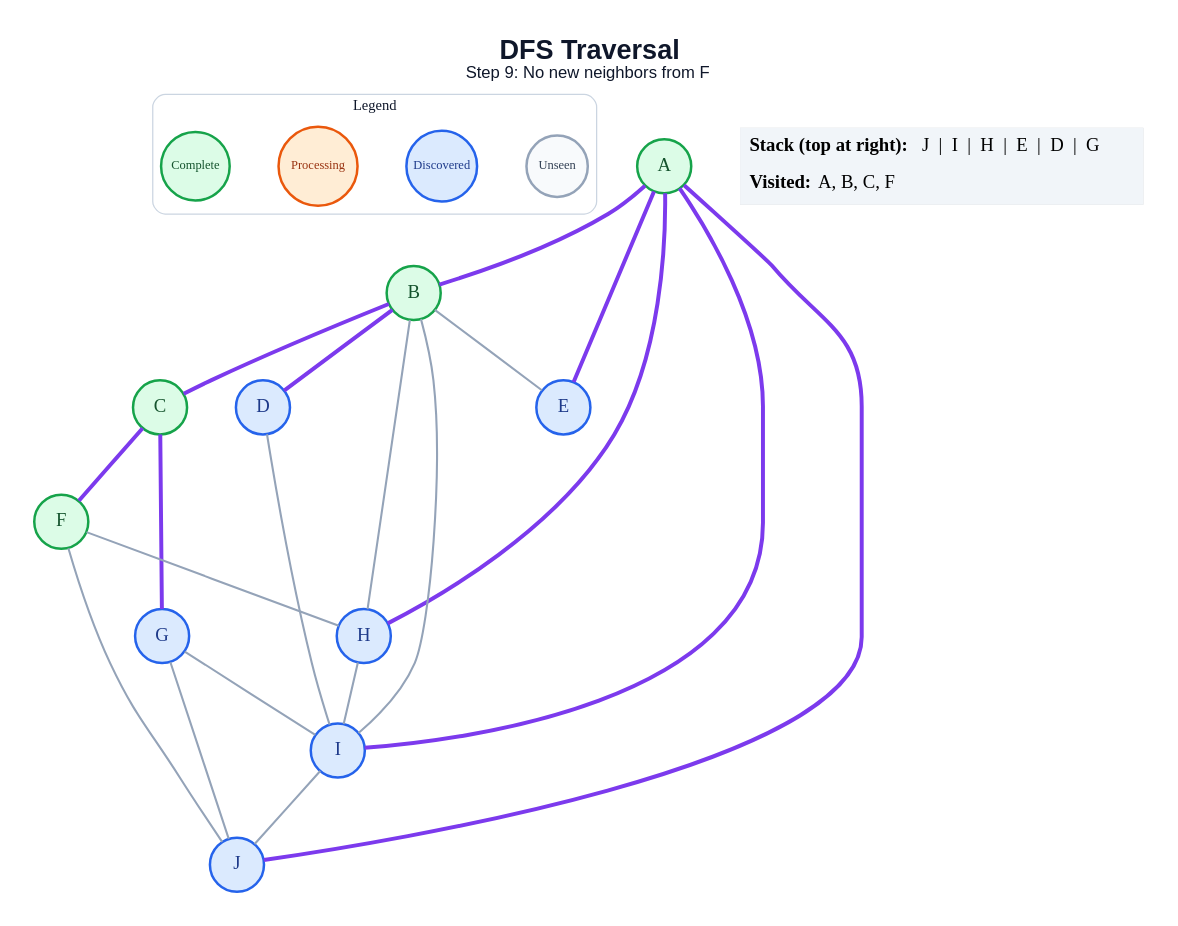
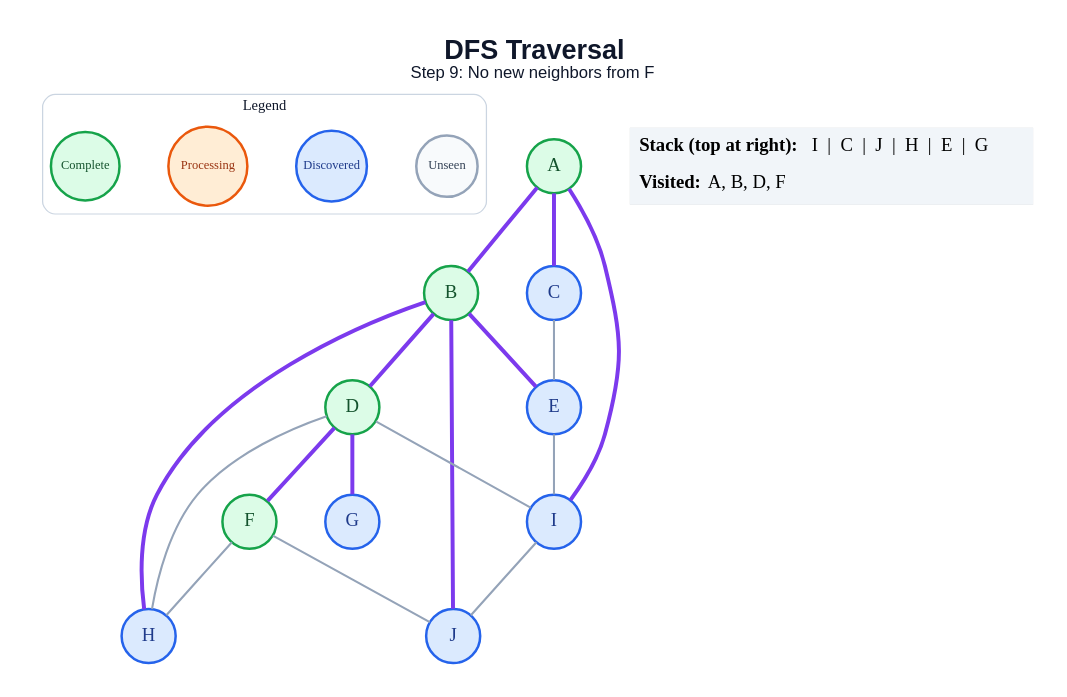
Before and after one commit to amanghodawala9/ai-slop: the diagram in generated/dfs/step_09.dot, drawn with Graphviz. The commit also changed 178 other files, not shown here.

```diff
--- a/generated/dfs/step_09.dot
+++ b/generated/dfs/step_09.dot
@@ -1,48 +1,45 @@
 graph traversal {
   graph [layout=dot, rankdir=TB, bgcolor="#FFFFFF", pad="0.35", nodesep="0.65", ranksep="0.8", fontname="Arial"];
   node [shape=circle, style="filled", fontname="Arial Bold", fontsize=18, width=0.72, fixedsize=true, penwidth=2.4];
   edge [color="#94A3B8", penwidth=2.0];
   label=<<B>DFS Traversal</B><BR/><FONT POINT-SIZE="16">Step 9: No new neighbors from F</FONT>>; labelloc="t"; fontsize=26; fontname="Arial"; fontcolor="#0F172A";
   subgraph cluster_legend { label="Legend"; color="#CBD5E1"; penwidth=1.2; style="rounded"; fontsize=14; fontname="Arial Bold";
     key_unseen [label="Unseen", fillcolor="#F8FAFC", color="#94A3B8", fontcolor="#334155", fontsize=12, width=0.82];
     key_frontier [label="Discovered", fillcolor="#DBEAFE", color="#2563EB", fontcolor="#1E3A8A", fontsize=12, width=0.95];
     key_current [label="Processing", fillcolor="#FFEDD5", color="#EA580C", fontcolor="#9A3412", fontsize=12, width=1.05];
     key_done [label="Complete", fillcolor="#DCFCE7", color="#16A34A", fontcolor="#14532D", fontsize=12, width=0.92];
     { rank=same; key_unseen; key_frontier; key_current; key_done; }
   }
   A [fillcolor="#DCFCE7", color="#16A34A", fontcolor="#14532D"];
   B [fillcolor="#DCFCE7", color="#16A34A", fontcolor="#14532D"];
-  C [fillcolor="#DCFCE7", color="#16A34A", fontcolor="#14532D"];
-  D [fillcolor="#DBEAFE", color="#2563EB", fontcolor="#1E3A8A"];
+  C [fillcolor="#DBEAFE", color="#2563EB", fontcolor="#1E3A8A"];
+  D [fillcolor="#DCFCE7", color="#16A34A", fontcolor="#14532D"];
   E [fillcolor="#DBEAFE", color="#2563EB", fontcolor="#1E3A8A"];
   F [fillcolor="#DCFCE7", color="#16A34A", fontcolor="#14532D"];
   G [fillcolor="#DBEAFE", color="#2563EB", fontcolor="#1E3A8A"];
   H [fillcolor="#DBEAFE", color="#2563EB", fontcolor="#1E3A8A"];
   I [fillcolor="#DBEAFE", color="#2563EB", fontcolor="#1E3A8A"];
   J [fillcolor="#DBEAFE", color="#2563EB", fontcolor="#1E3A8A"];
   A -- B [color="#7C3AED", penwidth=3.8];
-  A -- E [color="#7C3AED", penwidth=3.8];
-  A -- H [color="#7C3AED", penwidth=3.8];
+  A -- C [color="#7C3AED", penwidth=3.8];
   A -- I [color="#7C3AED", penwidth=3.8];
-  A -- J [color="#7C3AED", penwidth=3.8];
-  B -- C [color="#7C3AED", penwidth=3.8];
   B -- D [color="#7C3AED", penwidth=3.8];
-  B -- E;
-  B -- H;
-  B -- I;
-  C -- F [color="#7C3AED", penwidth=3.8];
-  C -- G [color="#7C3AED", penwidth=3.8];
+  B -- E [color="#7C3AED", penwidth=3.8];
+  B -- H [color="#7C3AED", penwidth=3.8];
+  B -- J [color="#7C3AED", penwidth=3.8];
+  C -- E;
+  D -- F [color="#7C3AED", penwidth=3.8];
+  D -- G [color="#7C3AED", penwidth=3.8];
+  D -- H;
   D -- I;
+  E -- I;
   F -- H;
   F -- J;
-  G -- I;
-  G -- J;
-  H -- I;
   I -- J;
   status [shape=plain, fixedsize=false, width=0, height=0, margin=0, label=<
     <TABLE BORDER="0" CELLBORDER="0" CELLPADDING="7" BGCOLOR="#F1F5F9">
-      <TR><TD ALIGN="LEFT"><B>Stack (top at right):</B> J  |  I  |  H  |  E  |  D  |  G</TD></TR>
-      <TR><TD ALIGN="LEFT"><B>Visited:</B> A, B, C, F</TD></TR>
+      <TR><TD ALIGN="LEFT"><B>Stack (top at right):</B> I  |  C  |  J  |  H  |  E  |  G</TD></TR>
+      <TR><TD ALIGN="LEFT"><B>Visited:</B> A, B, D, F</TD></TR>
     </TABLE>
   >];
 }
```
